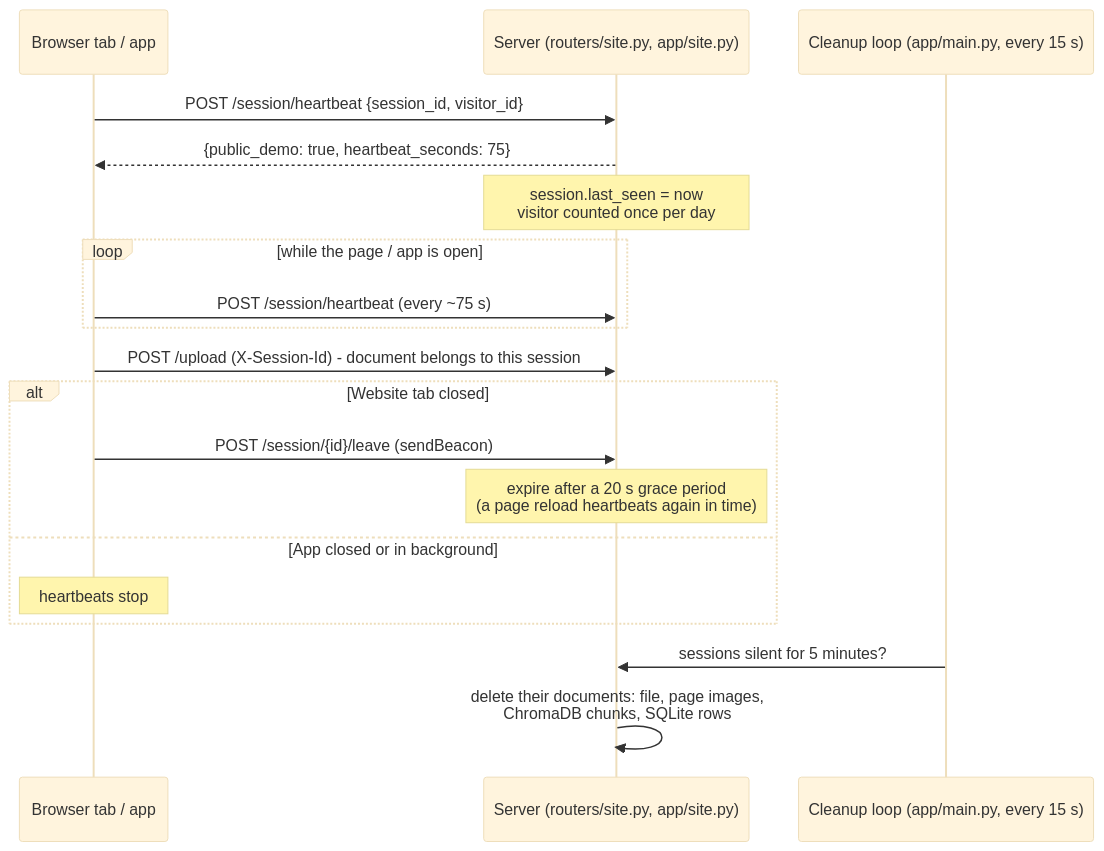
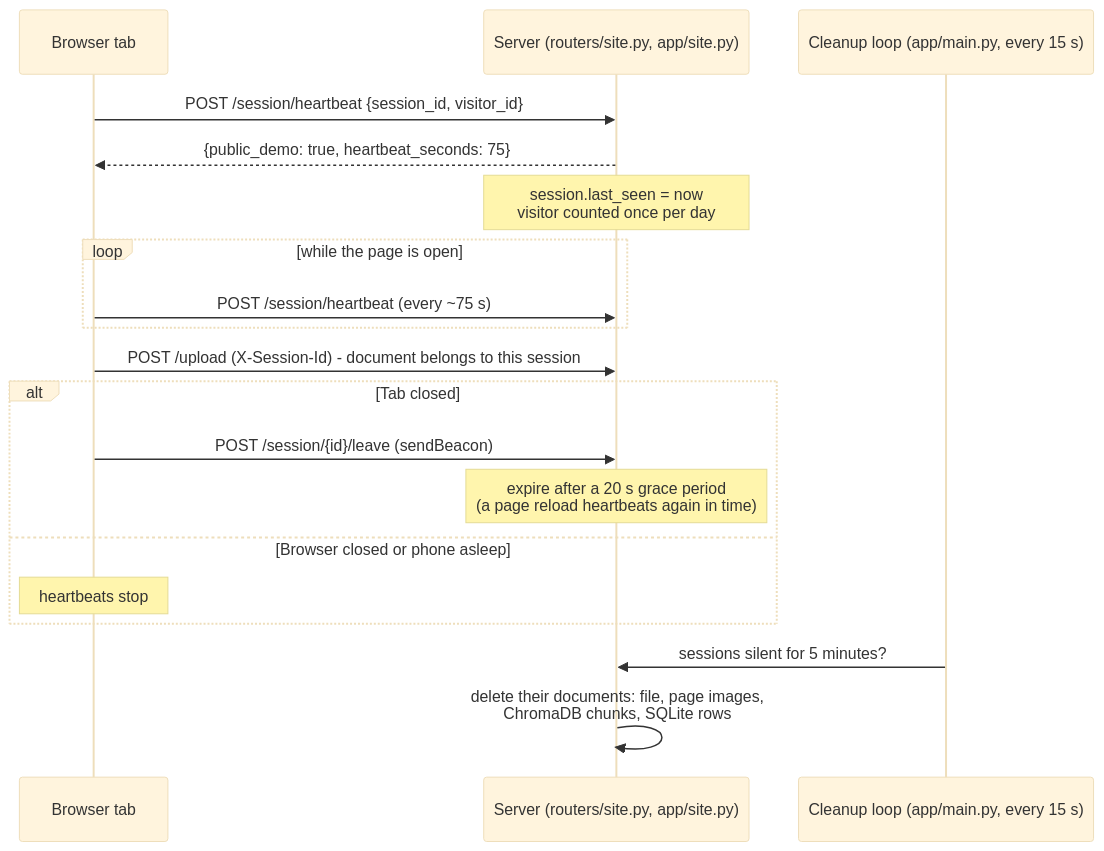
One commit to om-upadhye/DocBlendAI changed the seventh of 8 diagrams in README.md. Above: the diagram before and after it, drawn with Mermaid (base theme). The commit also changed other lines of this file and 62 other files, not shown here.

First line of the commit message:
Browser-only project: remove the Android app (mobile/) and its documentation

````diff
--- a/README.md
+++ b/README.md
@@ -318,22 +313,22 @@
 ```mermaid
 sequenceDiagram
-    participant C as Browser tab / app
+    participant C as Browser tab
     participant S as Server (routers/site.py, app/site.py)
     participant BG as Cleanup loop (app/main.py, every 15 s)
 
     C->>S: POST /session/heartbeat {session_id, visitor_id}
     S-->>C: {public_demo: true, heartbeat_seconds: 75}
     Note over S: session.last_seen = now<br/>visitor counted once per day
-    loop while the page / app is open
+    loop while the page is open
         C->>S: POST /session/heartbeat (every ~75 s)
     end
     C->>S: POST /upload (X-Session-Id) - document belongs to this session
-    alt Website tab closed
+    alt Tab closed
         C->>S: POST /session/{id}/leave (sendBeacon)
         Note over S: expire after a 20 s grace period<br/>(a page reload heartbeats again in time)
-    else App closed or in background
+    else Browser closed or phone asleep
         Note over C: heartbeats stop
     end
     BG->>S: sessions silent for 5 minutes?
     S->>S: delete their documents: file, page images,<br/>ChromaDB chunks, SQLite rows
 ```
````
